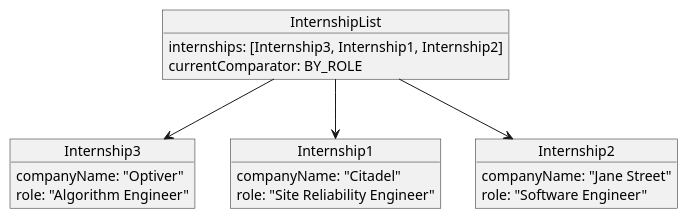
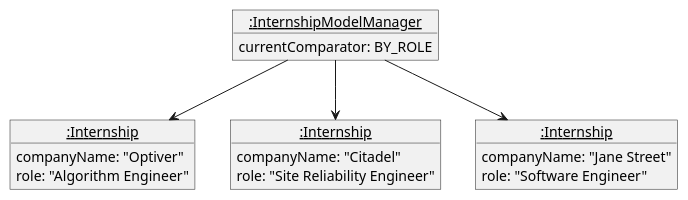
One commit to yongning0310/tp changed the diagram in docs/diagrams/SortCommandState1.puml. Above: the diagram before and after it, drawn with PlantUML. The commit also changed 2 other files, not shown here.

Commit message:
Update object diagram

```diff
--- a/docs/diagrams/SortCommandState1.puml
+++ b/docs/diagrams/SortCommandState1.puml
@@ -1,27 +1,25 @@
 @startuml
 
-object "InternshipList" as IL {
-  internships: [Internship3, Internship1, Internship2]
+object "<u>:InternshipModelManager" as IL {
   currentComparator: BY_ROLE
 }
 
-object "Internship3" as I3 {
+object "<u>:Internship" as I3 {
   companyName: "Optiver"
   role: "Algorithm Engineer"
 }
 
-object "Internship1" as I1 {
+object "<u>:Internship" as I1 {
   companyName: "Citadel"
   role: "Site Reliability Engineer"
 }
 
-object "Internship2" as I2 {
+object "<u>:Internship" as I2 {
   companyName: "Jane Street"
   role: "Software Engineer"
 }
-
 IL -down-> I3
 IL -down-> I1
 IL -down-> I2
 
 @enduml
```
